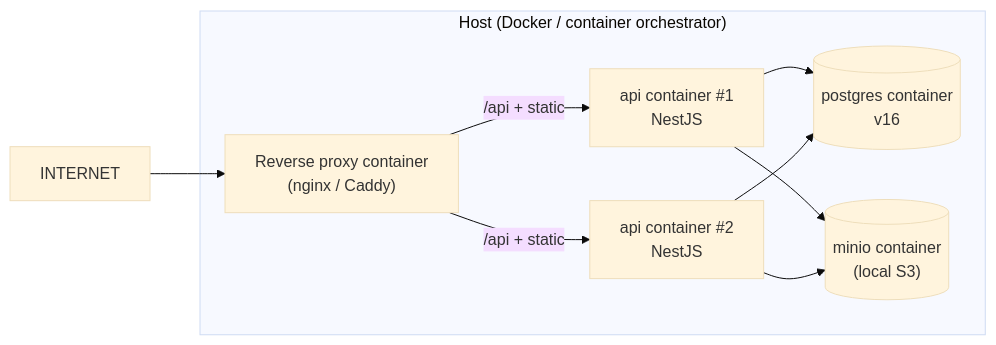
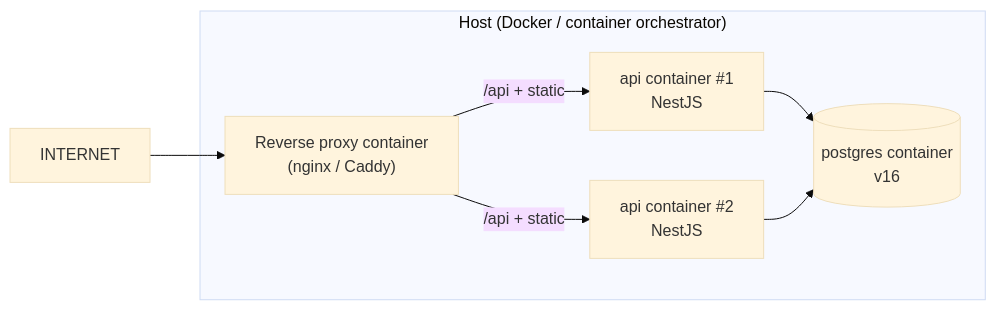
Before and after one commit to lqpcbaru/MarineOps-Calendar: the second of 2 diagrams in docs/architecture/DEPLOYMENT.md, drawn with Mermaid (base theme). The commit also changed other lines of this file and 1 other file, not shown here.

````diff
--- a/docs/architecture/DEPLOYMENT.md
+++ b/docs/architecture/DEPLOYMENT.md
@@ -104,18 +104,15 @@
 ```mermaid
 flowchart LR
     subgraph HOST["Host (Docker / container orchestrator)"]
         RP["Reverse proxy container<br/>(nginx / Caddy)"]
         API1["api container #1<br/>NestJS"]
         API2["api container #2<br/>NestJS"]
         PG[("postgres container<br/>v16")]
-        S3[("minio container<br/>(local S3)")]
     end
 
     INTERNET --> RP
     RP -->|"/api + static"| API1
     RP -->|"/api + static"| API2
     API1 --> PG
     API2 --> PG
-    API1 --> S3
-    API2 --> S3
 ```
````
